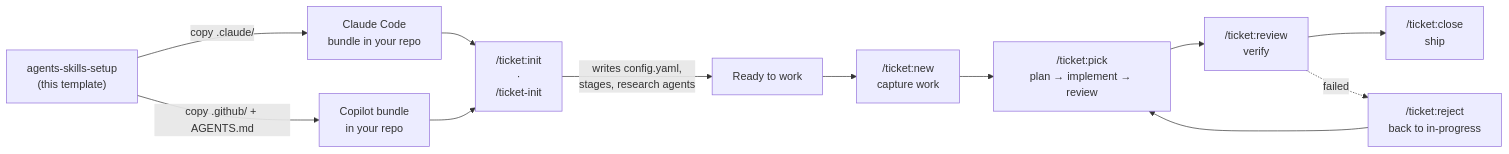
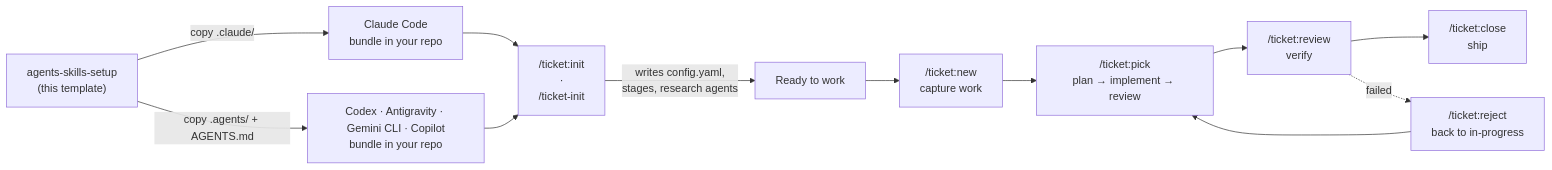
The first of 3 diagrams in README.md (elmoritz/agents-skills-setup), drawn with Mermaid before and after one commit. The commit also changed other lines of this file and 89 other files, not shown here.

````diff
--- a/README.md
+++ b/README.md
@@ -92,14 +111,14 @@
 ```mermaid
 flowchart LR
     T["agents-skills-setup<br/>(this template)"] -->|copy .claude/| C["Claude Code<br/>bundle in your repo"]
-    T -->|copy .github/ + AGENTS.md| G["Copilot bundle<br/>in your repo"]
+    T -->|copy .agents/ + AGENTS.md| G["Codex · Antigravity · Gemini CLI · Copilot<br/>bundle in your repo"]
     C --> I["/ticket:init<br/>·<br/>/ticket-init"]
     G --> I
     I -->|writes config.yaml,<br/>stages, research agents| R["Ready to work"]
     R --> N["/ticket:new<br/>capture work"]
     N --> P["/ticket:pick<br/>plan → implement → review"]
     P --> V["/ticket:review<br/>verify"]
     V --> CL["/ticket:close<br/>ship"]
     V -.->|failed| RJ["/ticket:reject<br/>back to in-progress"]
     RJ --> P
 ```
````
